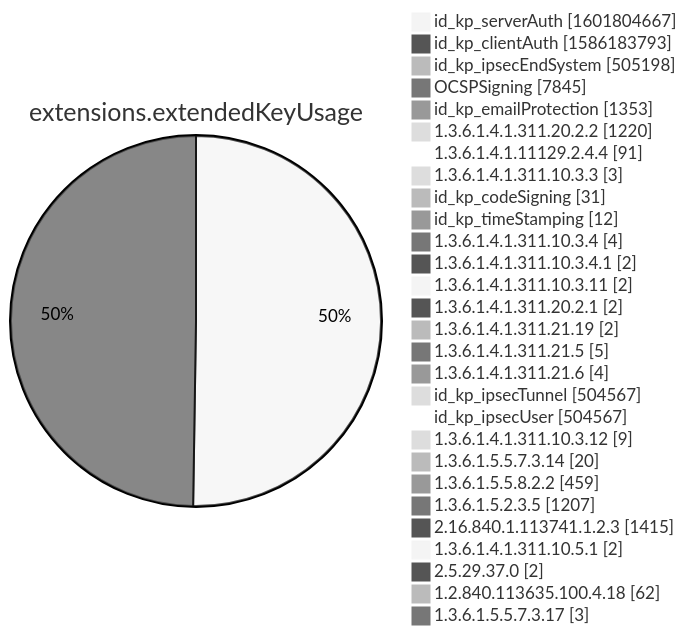
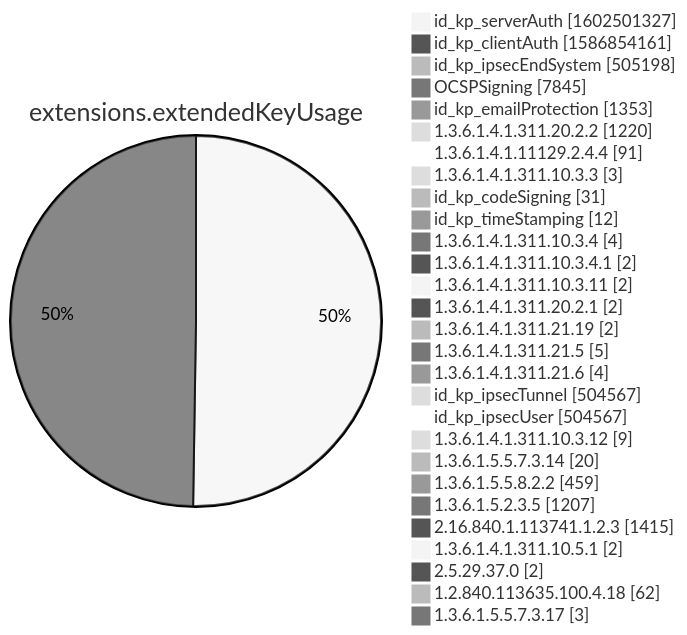
Before and after one commit to christiankrug/ctmonitor_visualization: diagram 12 of 15 in xenon2022/README.md, drawn with Mermaid (neutral theme). The commit also changed other lines of this file, not shown here.

````diff
--- a/xenon2022/README.md
+++ b/xenon2022/README.md
@@ -3885,32 +3885,32 @@
 ```mermaid
 pie showData
 title extensions.extendedKeyUsage
-"id_kp_serverAuth" :1601804667
-"id_kp_clientAuth" :1586183793
+"id_kp_serverAuth" :1602501327
+"id_kp_clientAuth" :1586854161
 "id_kp_ipsecEndSystem" :505198
 "OCSPSigning" :7845
 "id_kp_emailProtection" :1353
 "1.3.6.1.4.1.311.20.2.2" :1220
 "1.3.6.1.4.1.11129.2.4.4" :91
 "1.3.6.1.4.1.311.10.3.3" :3
 "id_kp_codeSigning" :31
 "id_kp_timeStamping" :12
 "1.3.6.1.4.1.311.10.3.4" :4
 "1.3.6.1.4.1.311.10.3.4.1" :2
 "1.3.6.1.4.1.311.10.3.11" :2
 "1.3.6.1.4.1.311.20.2.1" :2
 "1.3.6.1.4.1.311.21.19" :2
 "1.3.6.1.4.1.311.21.5" :5
 "1.3.6.1.4.1.311.21.6" :4
 "id_kp_ipsecTunnel" :504567
 "id_kp_ipsecUser" :504567
 "1.3.6.1.4.1.311.10.3.12" :9
 "1.3.6.1.5.5.7.3.14" :20
 "1.3.6.1.5.5.8.2.2" :459
 "1.3.6.1.5.2.3.5" :1207
 "2.16.840.1.113741.1.2.3" :1415
 "1.3.6.1.4.1.311.10.5.1" :2
 "2.5.29.37.0" :2
 "1.2.840.113635.100.4.18" :62
 "1.3.6.1.5.5.7.3.17" :3
 ```
````
